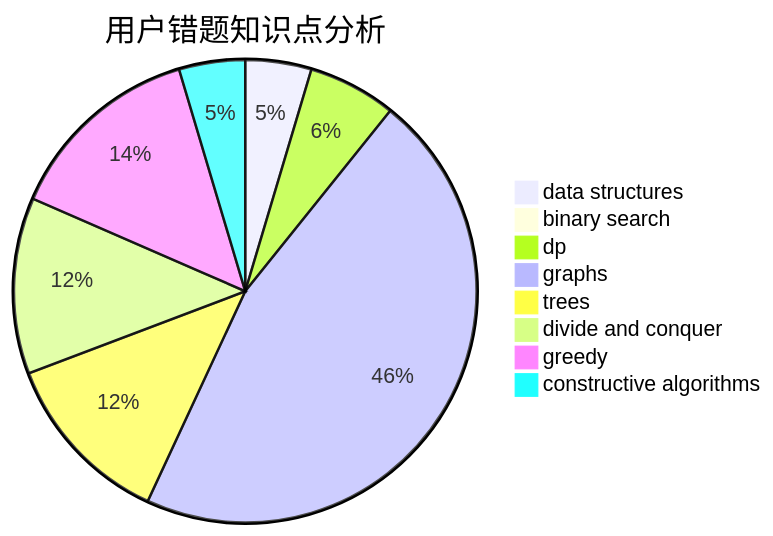
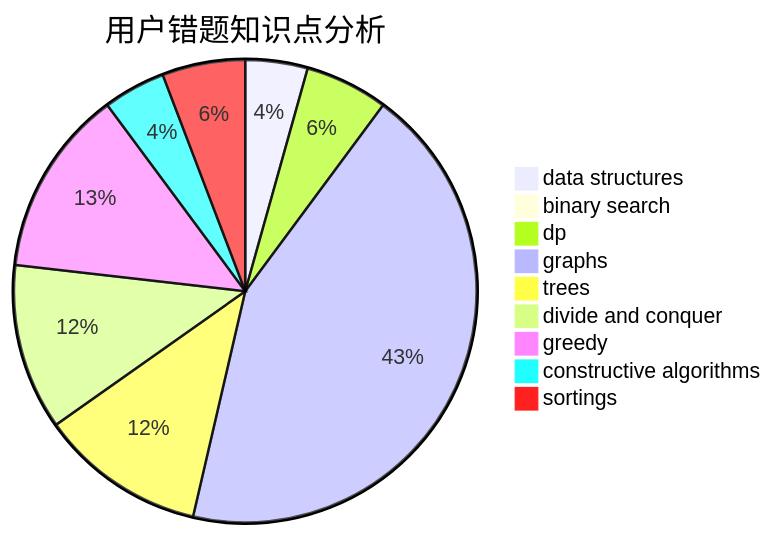
Before and after one commit to sherpahu/cfrs.github.io: the third of 3 diagrams in docs/user/u2138.md, drawn with Mermaid. The commit also changed other lines of this file and 2769 other files, not shown here.

````diff
--- a/docs/user/u2138.md
+++ b/docs/user/u2138.md
@@ -36,11 +32,12 @@
 ```mermaid
 pie title 用户错题知识点分析
     "data structures" :  3
     "binary search" :  0
     "dp" :  4
     "graphs" :  30
     "trees" :  8
     "divide and conquer" :  8
     "greedy" :  9
     "constructive algorithms" :  3
+    "sortings" :  4
 ```
````
